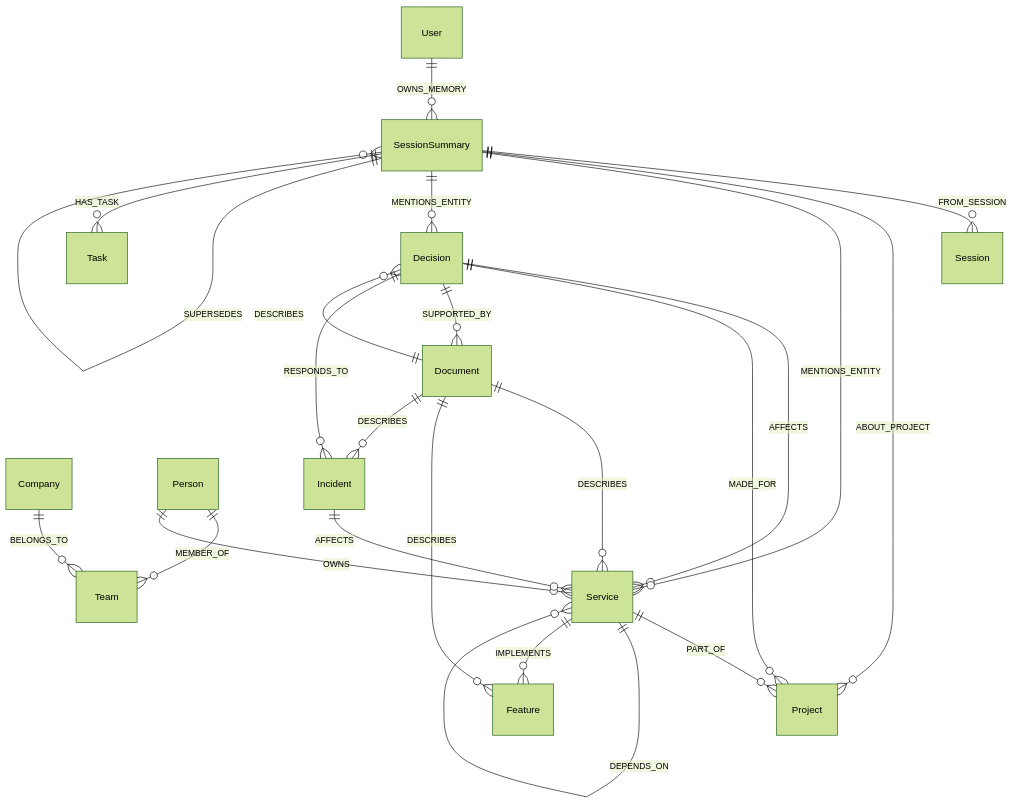
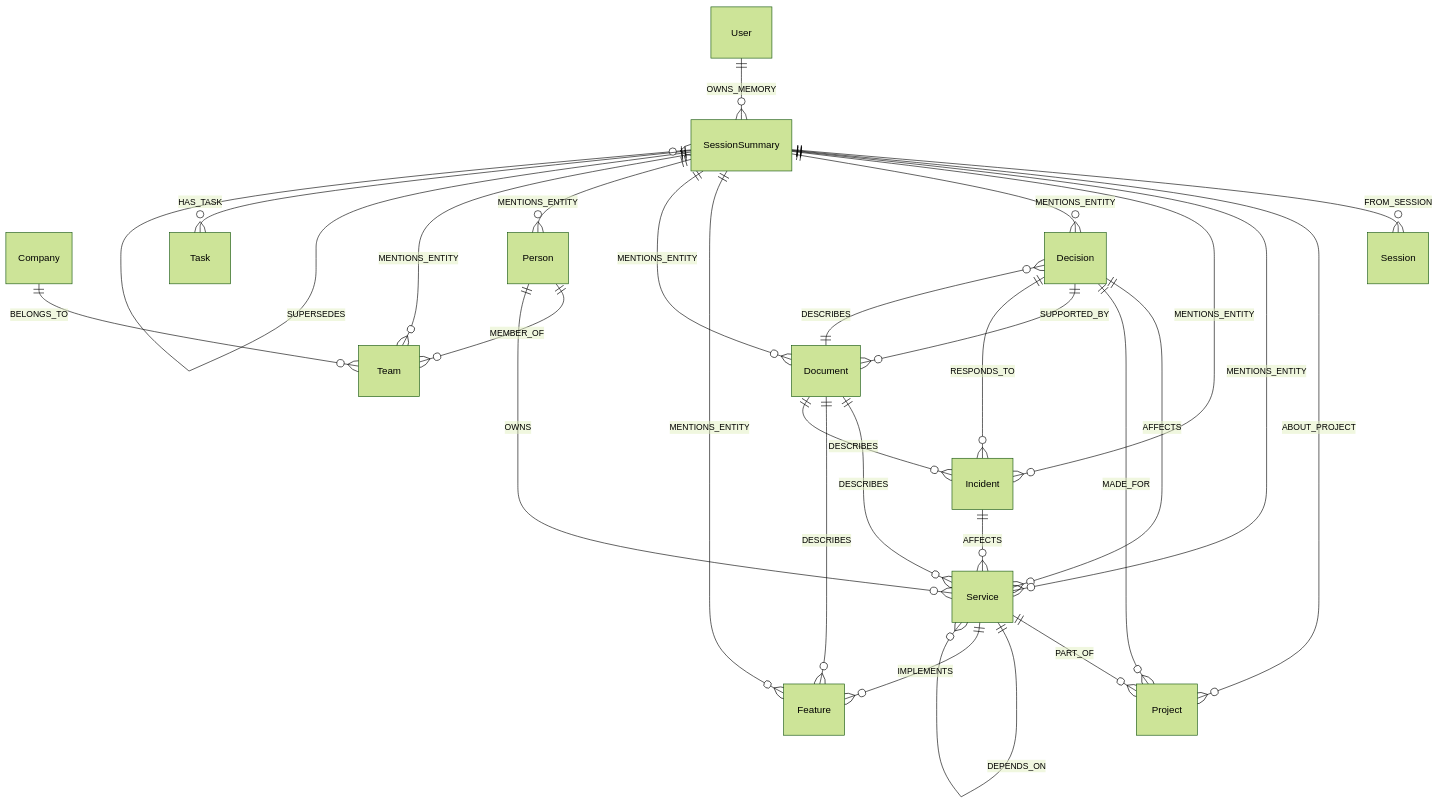
The second of 2 diagrams in README.md (herbert-bevan/falkordb-graph-intelligence), drawn with Mermaid (forest theme) before and after one commit. The commit also changed other lines of this file, not shown here.

````diff
--- a/README.md
+++ b/README.md
@@ -90,26 +108,31 @@
 ```mermaid
 erDiagram
   Company ||--o{ Team : "BELONGS_TO"
   Person ||--o{ Team : "MEMBER_OF"
   Person ||--o{ Service : "OWNS"
   Service ||--o{ Project : "PART_OF"
   Service ||--o{ Service : "DEPENDS_ON"
   Service ||--o{ Feature : "IMPLEMENTS"
   Incident ||--o{ Service : "AFFECTS"
   Decision ||--o{ Service : "AFFECTS"
   Decision ||--o{ Project : "MADE_FOR"
   Decision ||--o{ Document : "SUPPORTED_BY"
   Decision ||--o{ Incident : "RESPONDS_TO"
   Document ||--o{ Service : "DESCRIBES"
   Document ||--o{ Feature : "DESCRIBES"
   Document ||--o{ Incident : "DESCRIBES"
   Document ||--o{ Decision : "DESCRIBES"
 
   User ||--o{ SessionSummary : "OWNS_MEMORY"
   SessionSummary ||--o{ Session : "FROM_SESSION"
   SessionSummary ||--o{ Project : "ABOUT_PROJECT"
   SessionSummary ||--o{ Service : "MENTIONS_ENTITY"
+  SessionSummary ||--o{ Incident : "MENTIONS_ENTITY"
   SessionSummary ||--o{ Decision : "MENTIONS_ENTITY"
+  SessionSummary ||--o{ Feature : "MENTIONS_ENTITY"
+  SessionSummary ||--o{ Document : "MENTIONS_ENTITY"
+  SessionSummary ||--o{ Person : "MENTIONS_ENTITY"
+  SessionSummary ||--o{ Team : "MENTIONS_ENTITY"
   SessionSummary ||--o{ SessionSummary : "SUPERSEDES"
   SessionSummary ||--o{ Task : "HAS_TASK"
 ```
````
